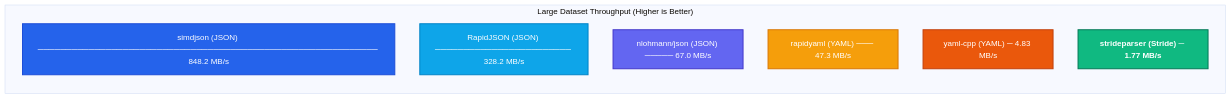
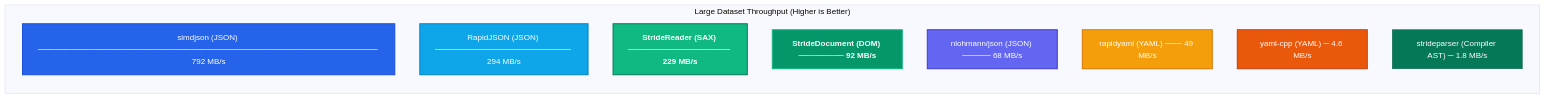
Before and after one commit to StrideLang/strideparser: the third of 4 diagrams in doc/standalone_data_schema_validation.md, drawn with Mermaid (base theme). The commit also changed other lines of this file, not shown here.

Commit message:
doc: update standalone data validation report with StrideReader and StrideDocument benchmark results

````diff
--- a/doc/standalone_data_schema_validation.md
+++ b/doc/standalone_data_schema_validation.md
@@ -343,19 +379,23 @@
 ```mermaid
 flowchart LR
     subgraph TP["Large Dataset Throughput (Higher is Better)"]
         direction TB
-        t1["simdjson (JSON) ──────────────────────────────────────────────────────────── 848.2 MB/s"]:::jsonSimd
-        t2["RapidJSON (JSON) ──────────────────────── 328.2 MB/s"]:::jsonRapid
-        t3["nlohmann/json (JSON) ───── 67.0 MB/s"]:::jsonNloh
-        t4["rapidyaml (YAML) ─── 47.3 MB/s"]:::yamlRyml
-        t5["yaml-cpp (YAML) ─ 4.83 MB/s"]:::yamlCpp
-        t6["strideparser (Stride) ─ 1.77 MB/s"]:::stride
+        t1["simdjson (JSON) ──────────────────────────────────────────────────────────── 792 MB/s"]:::jsonSimd
+        t2["RapidJSON (JSON) ──────────────────────── 294 MB/s"]:::jsonRapid
+        t3["StrideReader (SAX) ────────────────── 229 MB/s"]:::stride
+        t4["StrideDocument (DOM) ──────── 92 MB/s"]:::strideDom
+        t5["nlohmann/json (JSON) ───── 68 MB/s"]:::jsonNloh
+        t6["rapidyaml (YAML) ─── 49 MB/s"]:::yamlRyml
+        t7["yaml-cpp (YAML) ─ 4.6 MB/s"]:::yamlCpp
+        t8["strideparser (Compiler AST) ─ 1.8 MB/s"]:::strideAst
     end
 
     classDef stride fill:#10b981,stroke:#047857,stroke-width:2px,color:#ffffff,font-weight:bold
+    classDef strideDom fill:#059669,stroke:#10b981,stroke-width:2px,color:#ffffff,font-weight:bold
+    classDef strideAst fill:#047857,stroke:#065f46,stroke-width:1px,color:#ffffff
     classDef jsonSimd fill:#2563eb,stroke:#1d4ed8,stroke-width:2px,color:#ffffff
     classDef jsonRapid fill:#0ea5e9,stroke:#0284c7,stroke-width:2px,color:#ffffff
     classDef jsonNloh fill:#6366f1,stroke:#4338ca,stroke-width:2px,color:#ffffff
     classDef yamlRyml fill:#f59e0b,stroke:#d97706,stroke-width:2px,color:#ffffff
     classDef yamlCpp fill:#ea580c,stroke:#c2410c,stroke-width:2px,color:#ffffff
 ```
````
